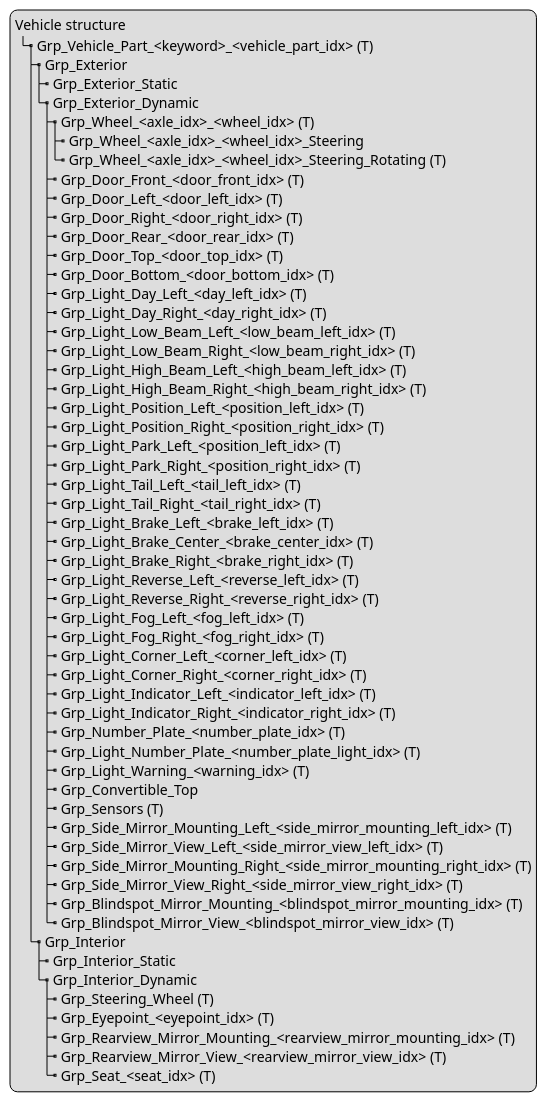
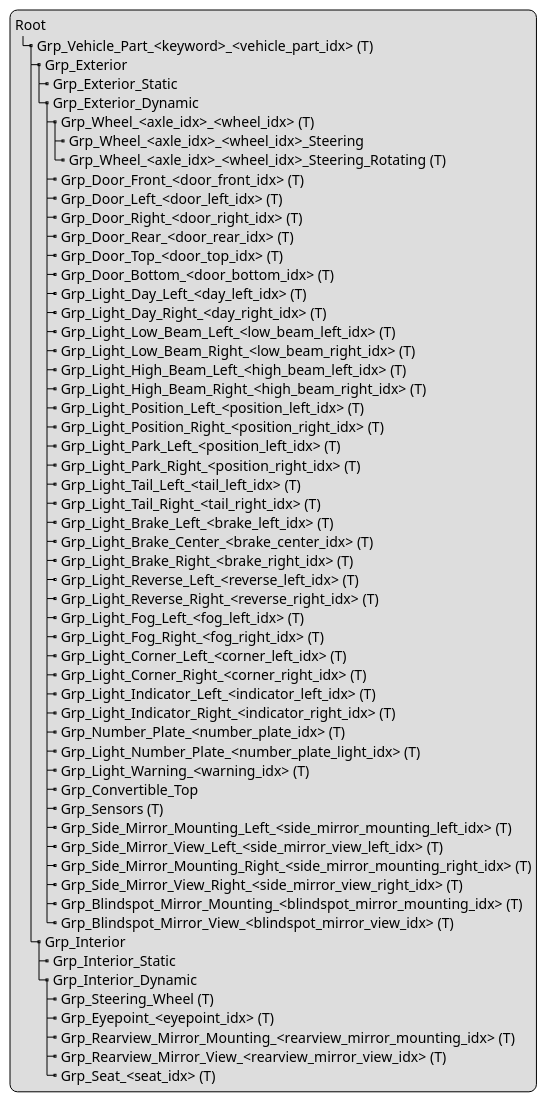
One commit to asam-ev/OpenMATERIAL changed the diagram in content/geometry/object-vehicle/vehicle-structure-model-structure.adoc. Above: the diagram before and after it, drawn with PlantUML. The commit also changed other lines of this file, not shown here.

Commit message:
Add root node and sentence about caster and camber angles

```diff
--- a/content/geometry/object-vehicle/vehicle-structure-model-structure.adoc
+++ b/content/geometry/object-vehicle/vehicle-structure-model-structure.adoc
@@ -5,61 +5,61 @@
 [plantuml]
 ----
 legend
-Vehicle structure
+Root
 |_ Grp_Vehicle_Part_<keyword>_<vehicle_part_idx> (T)
   |_ Grp_Exterior
     |_ Grp_Exterior_Static
     |_ Grp_Exterior_Dynamic
       |_ Grp_Wheel_<axle_idx>_<wheel_idx> (T)
         |_ Grp_Wheel_<axle_idx>_<wheel_idx>_Steering
         |_ Grp_Wheel_<axle_idx>_<wheel_idx>_Steering_Rotating (T)
       |_ Grp_Door_Front_<door_front_idx> (T)
       |_ Grp_Door_Left_<door_left_idx> (T)
       |_ Grp_Door_Right_<door_right_idx> (T)
       |_ Grp_Door_Rear_<door_rear_idx> (T)
       |_ Grp_Door_Top_<door_top_idx> (T)
       |_ Grp_Door_Bottom_<door_bottom_idx> (T)
       |_ Grp_Light_Day_Left_<day_left_idx> (T)
       |_ Grp_Light_Day_Right_<day_right_idx> (T)
       |_ Grp_Light_Low_Beam_Left_<low_beam_left_idx> (T)
       |_ Grp_Light_Low_Beam_Right_<low_beam_right_idx> (T)
       |_ Grp_Light_High_Beam_Left_<high_beam_left_idx> (T)
       |_ Grp_Light_High_Beam_Right_<high_beam_right_idx> (T)
       |_ Grp_Light_Position_Left_<position_left_idx> (T)
       |_ Grp_Light_Position_Right_<position_right_idx> (T)
       |_ Grp_Light_Park_Left_<position_left_idx> (T)
       |_ Grp_Light_Park_Right_<position_right_idx> (T)
       |_ Grp_Light_Tail_Left_<tail_left_idx> (T)
       |_ Grp_Light_Tail_Right_<tail_right_idx> (T)
       |_ Grp_Light_Brake_Left_<brake_left_idx> (T)
       |_ Grp_Light_Brake_Center_<brake_center_idx> (T)
       |_ Grp_Light_Brake_Right_<brake_right_idx> (T)
       |_ Grp_Light_Reverse_Left_<reverse_left_idx> (T)
       |_ Grp_Light_Reverse_Right_<reverse_right_idx> (T)
       |_ Grp_Light_Fog_Left_<fog_left_idx> (T)
       |_ Grp_Light_Fog_Right_<fog_right_idx> (T)
       |_ Grp_Light_Corner_Left_<corner_left_idx> (T)
       |_ Grp_Light_Corner_Right_<corner_right_idx> (T)
       |_ Grp_Light_Indicator_Left_<indicator_left_idx> (T)
       |_ Grp_Light_Indicator_Right_<indicator_right_idx> (T)
       |_ Grp_Number_Plate_<number_plate_idx> (T)
       |_ Grp_Light_Number_Plate_<number_plate_light_idx> (T)
       |_ Grp_Light_Warning_<warning_idx> (T)
       |_ Grp_Convertible_Top
       |_ Grp_Sensors (T)
       |_ Grp_Side_Mirror_Mounting_Left_<side_mirror_mounting_left_idx> (T)
       |_ Grp_Side_Mirror_View_Left_<side_mirror_view_left_idx> (T)
       |_ Grp_Side_Mirror_Mounting_Right_<side_mirror_mounting_right_idx> (T)
       |_ Grp_Side_Mirror_View_Right_<side_mirror_view_right_idx> (T)
       |_ Grp_Blindspot_Mirror_Mounting_<blindspot_mirror_mounting_idx> (T)
       |_ Grp_Blindspot_Mirror_View_<blindspot_mirror_view_idx> (T)
   |_ Grp_Interior
     |_ Grp_Interior_Static
     |_ Grp_Interior_Dynamic
       |_ Grp_Steering_Wheel (T)
       |_ Grp_Eyepoint_<eyepoint_idx> (T)
       |_ Grp_Rearview_Mirror_Mounting_<rearview_mirror_mounting_idx> (T)
       |_ Grp_Rearview_Mirror_View_<rearview_mirror_view_idx> (T)
       |_ Grp_Seat_<seat_idx> (T)
 end legend
 ----
```
